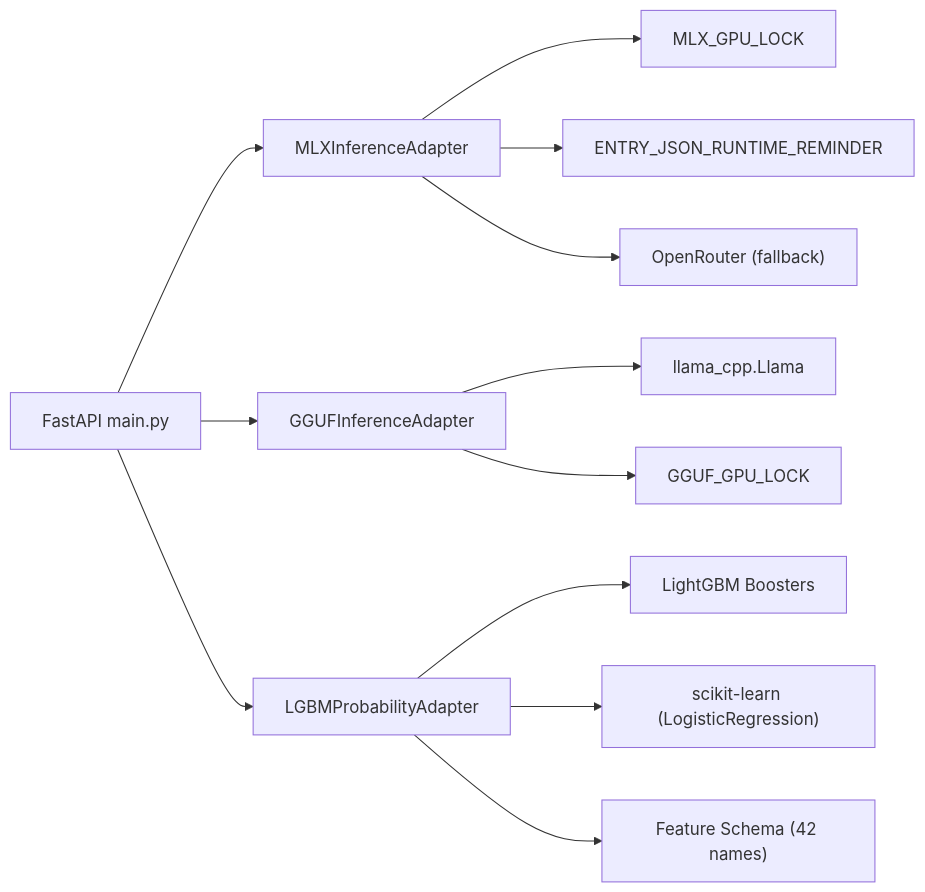
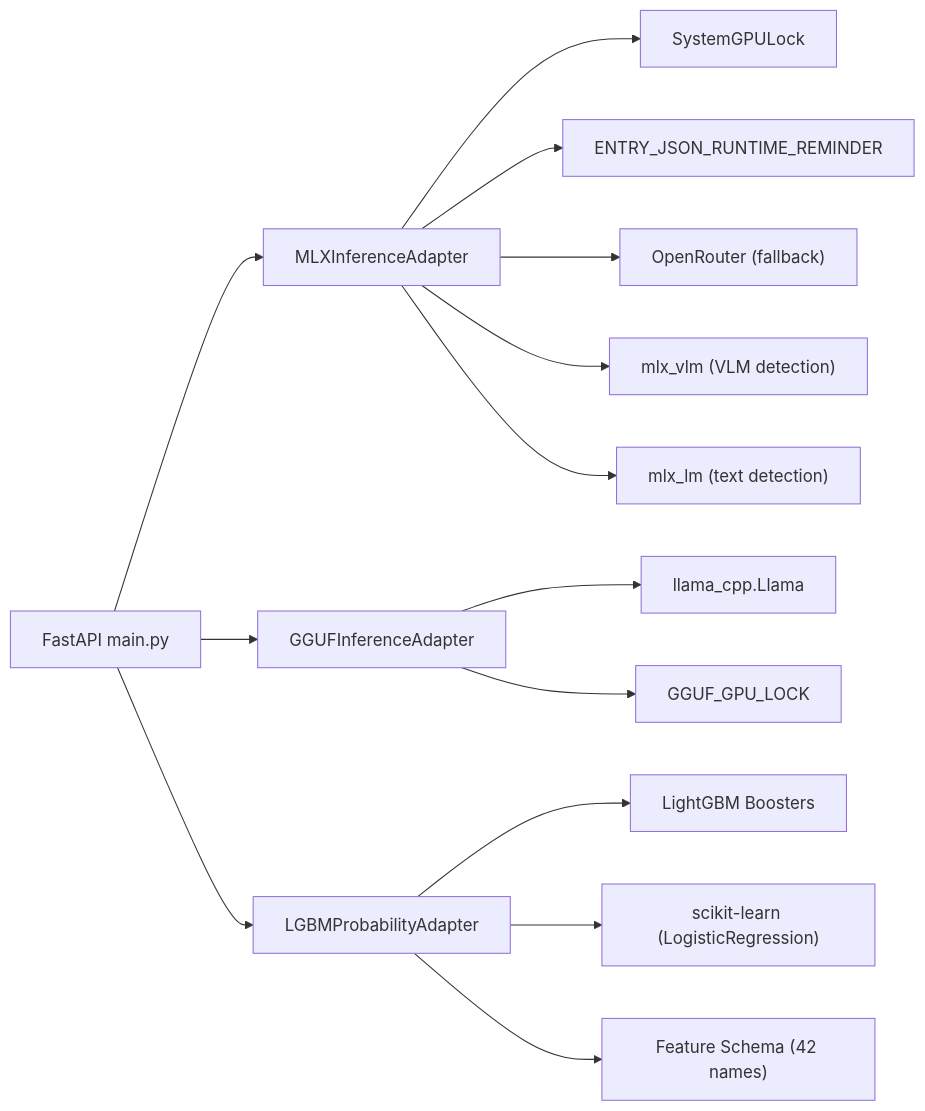
The sixth of 6 diagrams in .qoder/repowiki/en/content/Backend Application/Infrastructure Adapters/ML Inference Adapters.md (gemrajkhatry-maker/v5-of-glassytrade-ai), drawn with Mermaid before and after one commit. The commit also changed other lines of this file and 219 other files, not shown here.

First line of the commit message:
refactor: major architecture improvements across backend, backendv2, brokers, and frontend

````diff
--- a/.qoder/repowiki/en/content/Backend Application/Infrastructure Adapters/ML Inference Adapters.md
+++ b/.qoder/repowiki/en/content/Backend Application/Infrastructure Adapters/ML Inference Adapters.md
@@ -418,14 +451,16 @@
 ```mermaid
 graph LR
 GGUF["GGUFInferenceAdapter"] --> Llama["llama_cpp.Llama"]
 GGUF --> GGUFLock["GGUF_GPU_LOCK"]
-MLX["MLXInferenceAdapter"] --> Lock["MLX_GPU_LOCK"]
+MLX["MLXInferenceAdapter"] --> SystemLock["SystemGPULock"]
 MLX --> Contract["ENTRY_JSON_RUNTIME_REMINDER"]
 MLX --> Cloud["OpenRouter (fallback)"]
+MLX --> VLM["mlx_vlm (VLM detection)"]
+MLX --> LM["mlx_lm (text detection)"]
 LGBM["LGBMProbabilityAdapter"] --> GB["LightGBM Boosters"]
 LGBM --> SK["scikit-learn (LogisticRegression)"]
 LGBM --> Feat["Feature Schema (42 names)"]
 Main["FastAPI main.py"] --> MLX
 Main --> GGUF
 Main --> LGBM
 ```
````
